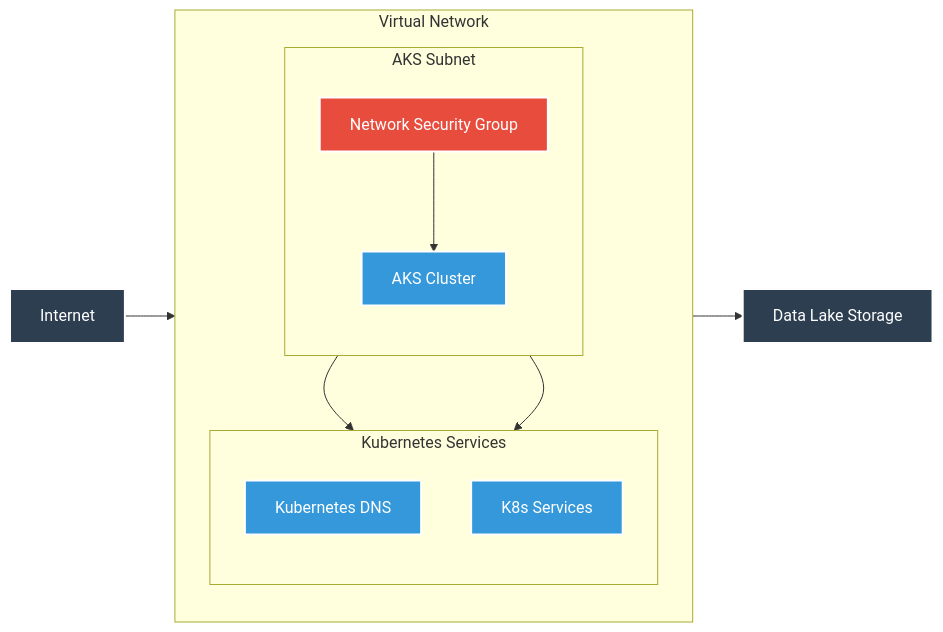
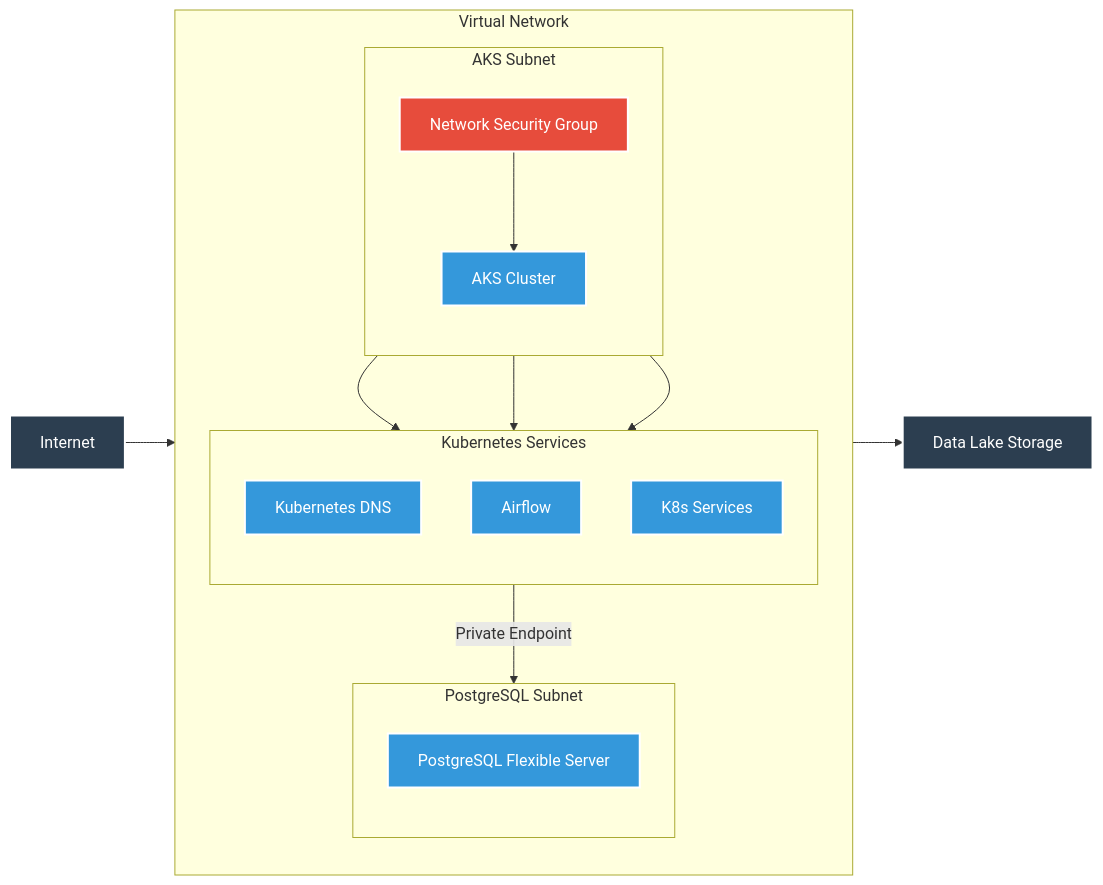
Before and after one commit to waddafunk/the-air-quality-project-infrastructure-as-code: the second of 3 diagrams in README.md, drawn with Mermaid. The commit also changed other lines of this file, not shown here.

````diff
--- a/README.md
+++ b/README.md
@@ -48,31 +59,39 @@
 ```mermaid
 flowchart LR
     subgraph "Virtual Network"
         direction TB
         subgraph "AKS Subnet"
             direction TB
             NSG["Network Security Group"]
             AKS["AKS Cluster"]
         end
         
+        subgraph "PostgreSQL Subnet"
+            direction TB
+            POSTGRES["PostgreSQL Flexible Server"]
+        end
+        
         subgraph "Kubernetes Services"
             direction TB
             DNS["Kubernetes DNS"]
+            AIRFLOW["Airflow"]
             SVC["K8s Services"]
         end
     end
     
     Internet --> NSG
     NSG --> AKS
     AKS --> DNS
     AKS --> SVC
+    AKS --> AIRFLOW
     AKS --> Storage["Data Lake Storage"]
+    AIRFLOW -->|Private Endpoint| POSTGRES
     
     classDef network fill:#2C3E50,stroke:#fff,stroke-width:2px,color:#fff
     classDef security fill:#E74C3C,stroke:#fff,stroke-width:2px,color:#fff
     classDef service fill:#3498DB,stroke:#fff,stroke-width:2px,color:#fff
     
     class NSG security
-    class AKS,DNS,SVC service
+    class AKS,DNS,AIRFLOW,SVC,POSTGRES service
     class Internet,Storage network
 ```
````
